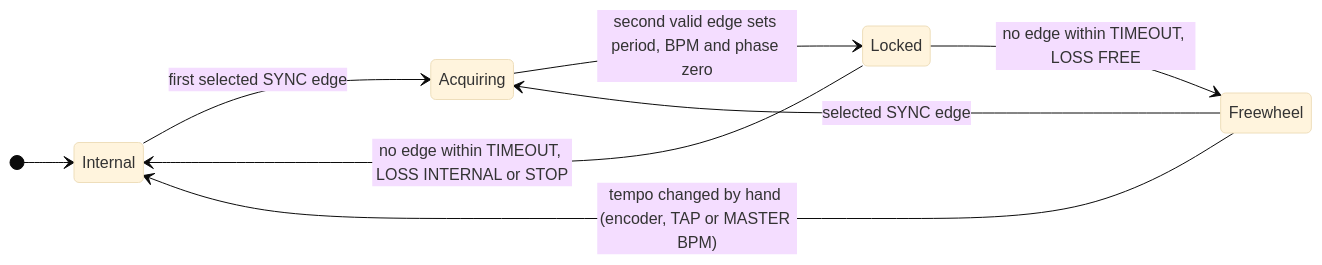
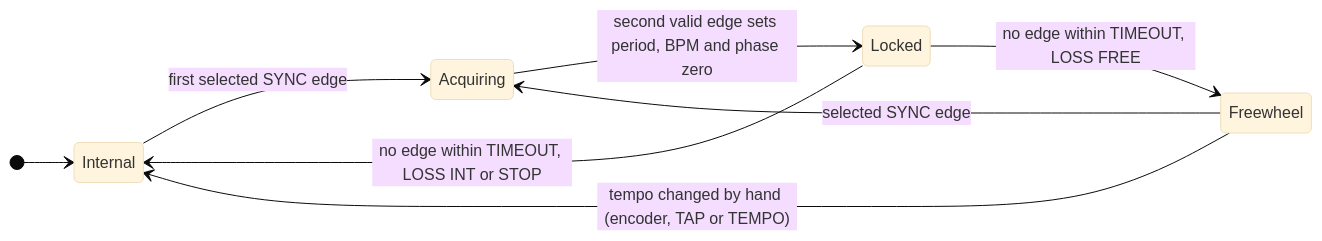
The second of 2 diagrams in docs/user-guide/16-configurable-external-inputs.md (southsignallab/eurorack-clock-firmware), drawn with Mermaid (base theme) before and after one commit. The commit also changed other lines of this file and 41 other files, not shown here.

````diff
--- a/docs/user-guide/16-configurable-external-inputs.md
+++ b/docs/user-guide/16-configurable-external-inputs.md
@@ -87,11 +87,11 @@
 ```mermaid
 stateDiagram-v2
     direction LR
     [*] --> Internal
     Internal --> Acquiring: first selected SYNC edge
     Acquiring --> Locked: second valid edge sets period, BPM and phase zero
-    Locked --> Internal: no edge within TIMEOUT, LOSS INTERNAL or STOP
+    Locked --> Internal: no edge within TIMEOUT, LOSS INT or STOP
     Locked --> Freewheel: no edge within TIMEOUT, LOSS FREE
-    Freewheel --> Internal: tempo changed by hand (encoder, TAP or MASTER BPM)
+    Freewheel --> Internal: tempo changed by hand (encoder, TAP or TEMPO)
     Freewheel --> Acquiring: selected SYNC edge
 ```
````
